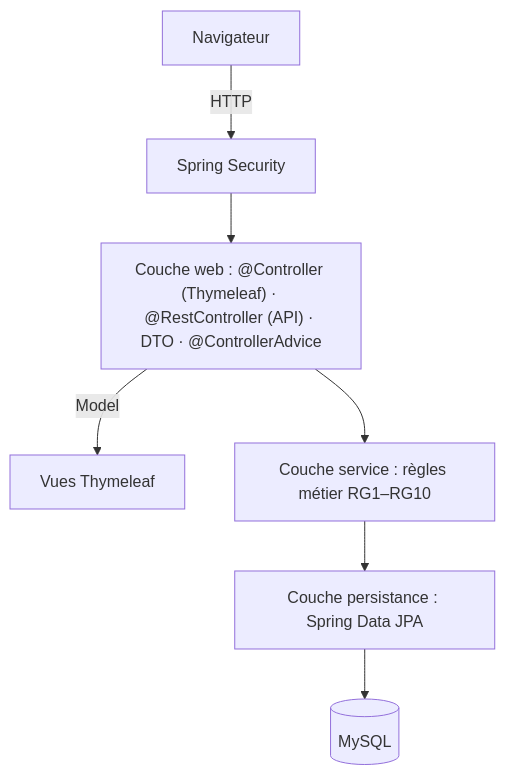
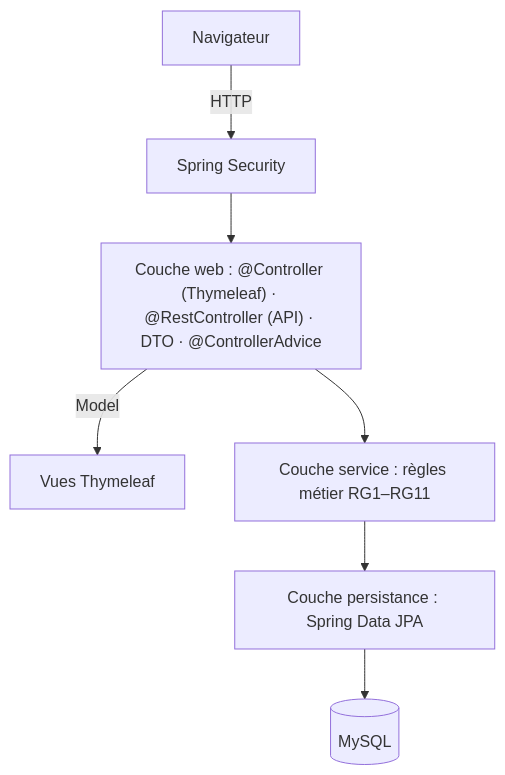
The diagram in journal.md (ctpnheee/altn72-supervision), drawn with Mermaid before and after one commit. The commit also changed 3 other files, not shown here.

Commit message:
F1: aligner l'architecture sur le journal métier et les services livrés

````diff
--- a/journal.md
+++ b/journal.md
@@ -22,9 +22,9 @@
 ```mermaid
 flowchart TB
     nav["Navigateur"] -- HTTP --> sec["Spring Security"]
     sec --> web["Couche web : @Controller (Thymeleaf) · @RestController (API) · DTO · @ControllerAdvice"]
     web -- Model --> views["Vues Thymeleaf"]
-    web --> svc["Couche service : règles métier RG1–RG10"]
+    web --> svc["Couche service : règles métier RG1–RG11"]
     svc --> repo["Couche persistance : Spring Data JPA"]
     repo --> db[("MySQL")]
 ```
````
